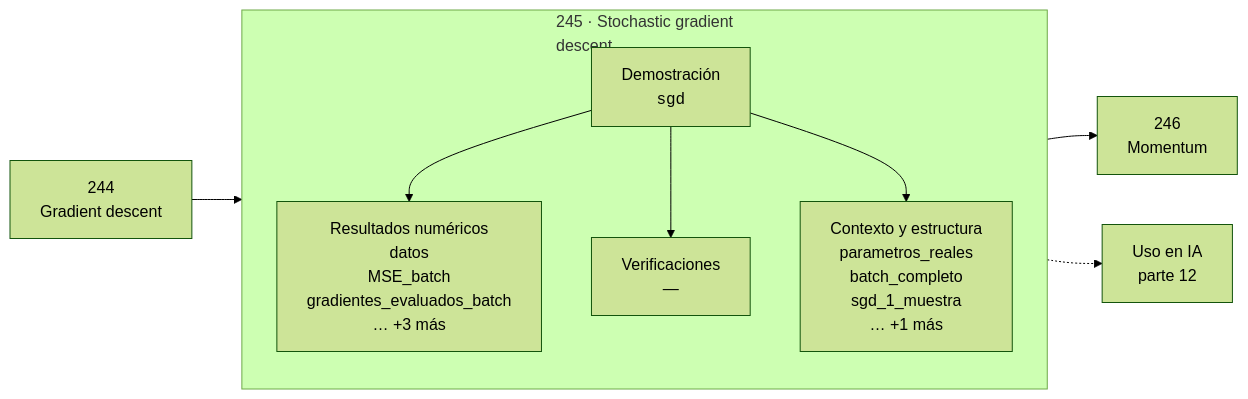
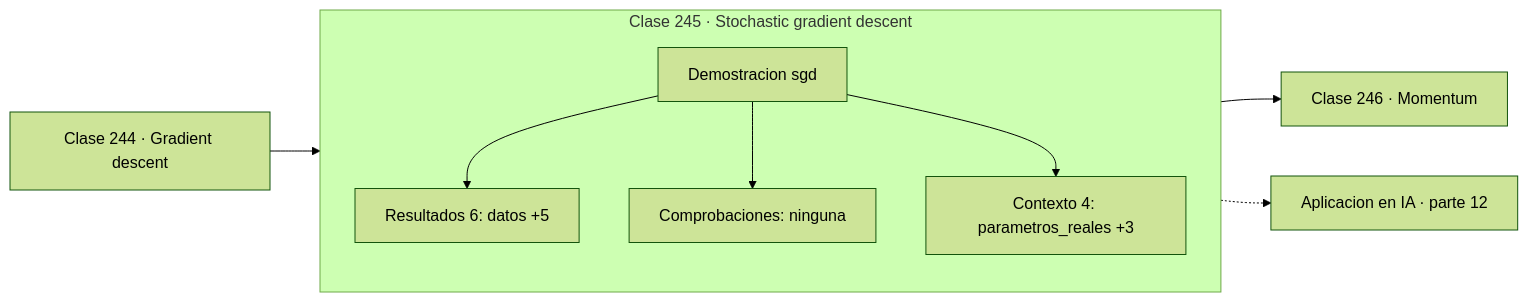
The diagram in classes/part-12-optimizacion-matematica-y-computacional/245-stochastic-gradient-descent/README.md (vladimiracunadev-create/computational-mathematics-program), drawn with Mermaid (forest theme) before and after one commit. The commit also changed 389 other files, not shown here.

First line of the commit message:
fix(diagramas): elimina el HTML de las etiquetas Mermaid

````diff
--- a/classes/part-12-optimizacion-matematica-y-computacional/245-stochastic-gradient-descent/README.md
+++ b/classes/part-12-optimizacion-matematica-y-computacional/245-stochastic-gradient-descent/README.md
@@ -30,12 +30,13 @@
 ```mermaid
 flowchart LR
-    P["244<br/>Gradient descent"] --> C
-    subgraph C["245 · Stochastic gradient<br/>descent"]
+    P["Clase 244 · Gradient descent"] --> D
+    subgraph CLASE["Clase 245 · Stochastic gradient descent"]
         direction TB
-        D["Demostración<br/><code>sgd</code>"] --> R["Resultados numéricos<br/>datos<br/>MSE_batch<br/>gradientes_evaluados_batch<br/>… +3 más"]
-        D --> V["Verificaciones<br/>—"]
-        D --> O["Contexto y estructura<br/>parametros_reales<br/>batch_completo<br/>sgd_1_muestra<br/>… +1 más"]
+        D["Demostracion sgd"]
+        D --> R["Resultados 6: datos +5"]
+        D --> V["Comprobaciones: ninguna"]
+        D --> O["Contexto 4: parametros_reales +3"]
     end
-    C --> N["246<br/>Momentum"]
-    C -.-> IA["Uso en IA<br/>parte 12"]
+    R --> N["Clase 246 · Momentum"]
+    V -.-> IA["Aplicacion en IA · parte 12"]
 ```
````
